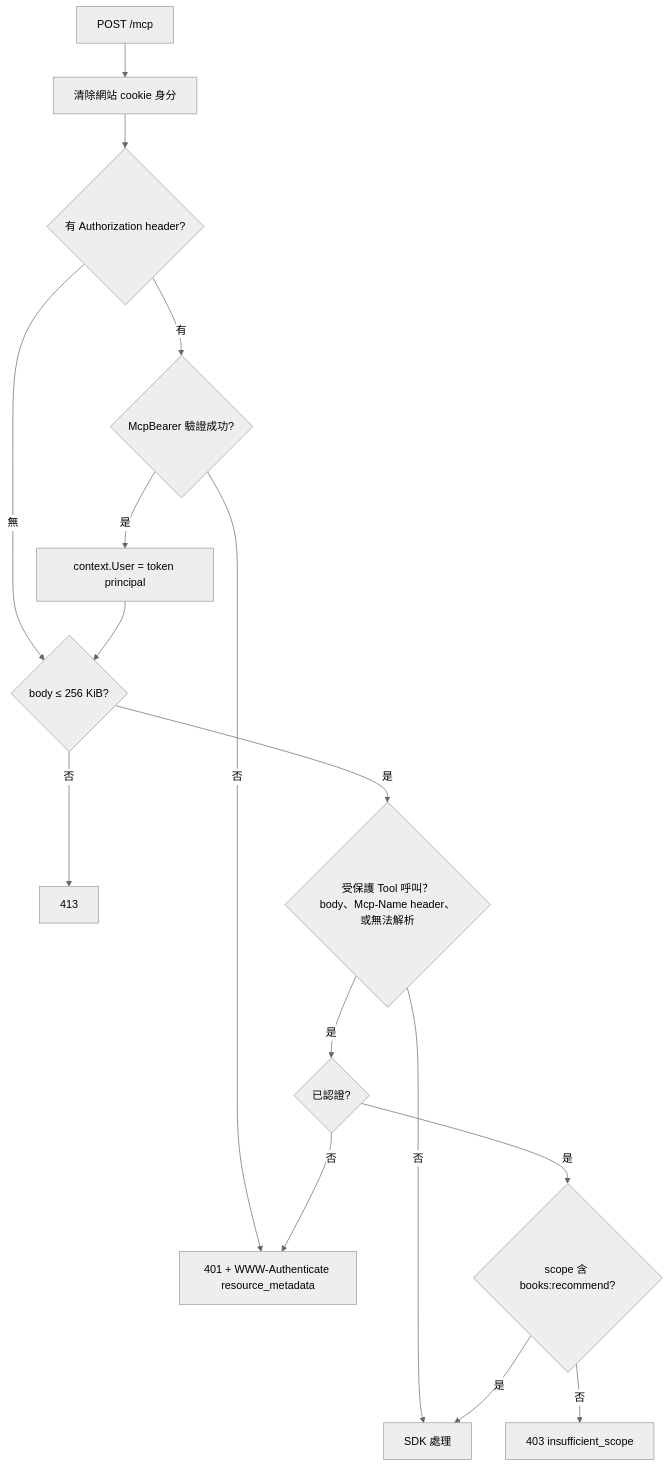
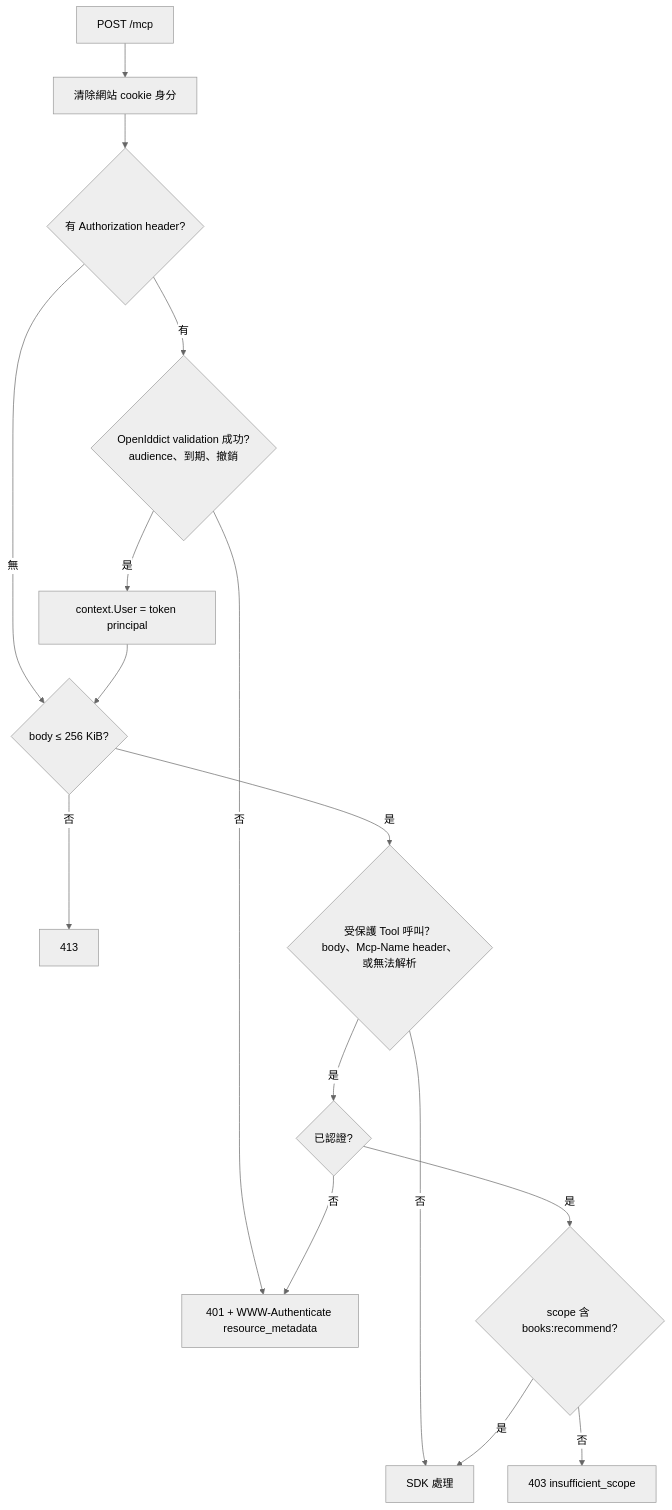
The third of 5 diagrams in Mcp/docs/workflow-diagram.md (Arthur801/Book-Finder), drawn with Mermaid (neutral theme) before and after one commit. The commit also changed 8 other files, not shown here.

Commit message:
docs(mcp): record OpenIddict validation at the MCP gate (MCP-202)

````diff
--- a/Mcp/docs/workflow-diagram.md
+++ b/Mcp/docs/workflow-diagram.md
@@ -36,18 +36,18 @@
 ```mermaid
 flowchart TD
     A[POST /mcp] --> B[清除網站 cookie 身分]
     B --> C{有 Authorization header?}
-    C -- 有 --> D{McpBearer 驗證成功?}
+    C -- 有 --> D{OpenIddict validation 成功?<br/>audience、到期、撤銷}
     D -- 否 --> X1[401 + WWW-Authenticate resource_metadata]
     D -- 是 --> E[context.User = token principal]
     C -- 無 --> F
     E --> F{body ≤ 256 KiB?}
     F -- 否 --> X2[413]
     F -- 是 --> G{受保護 Tool 呼叫？<br/>body、Mcp-Name header、或無法解析}
     G -- 否 --> SDK[SDK 處理]
     G -- 是 --> H{已認證?}
     H -- 否 --> X1
     H -- 是 --> I{scope 含 books:recommend?}
     I -- 否 --> X3[403 insufficient_scope]
     I -- 是 --> SDK
 ```
````
